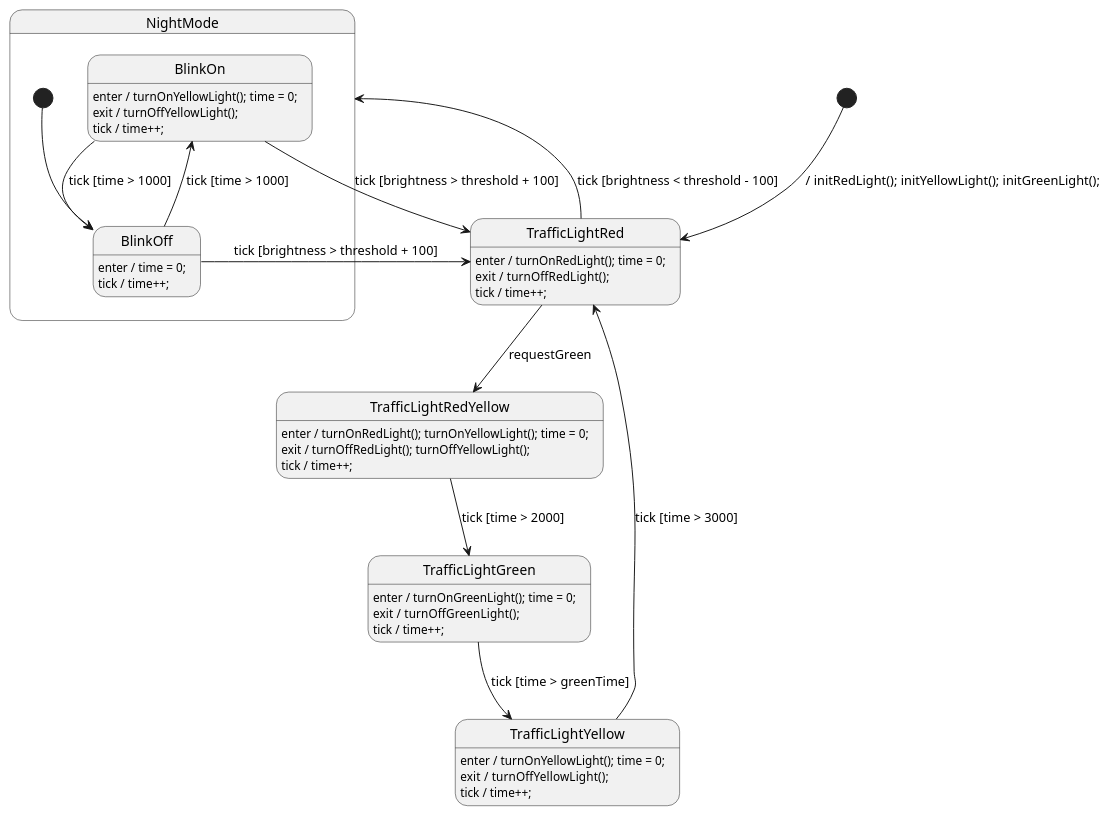
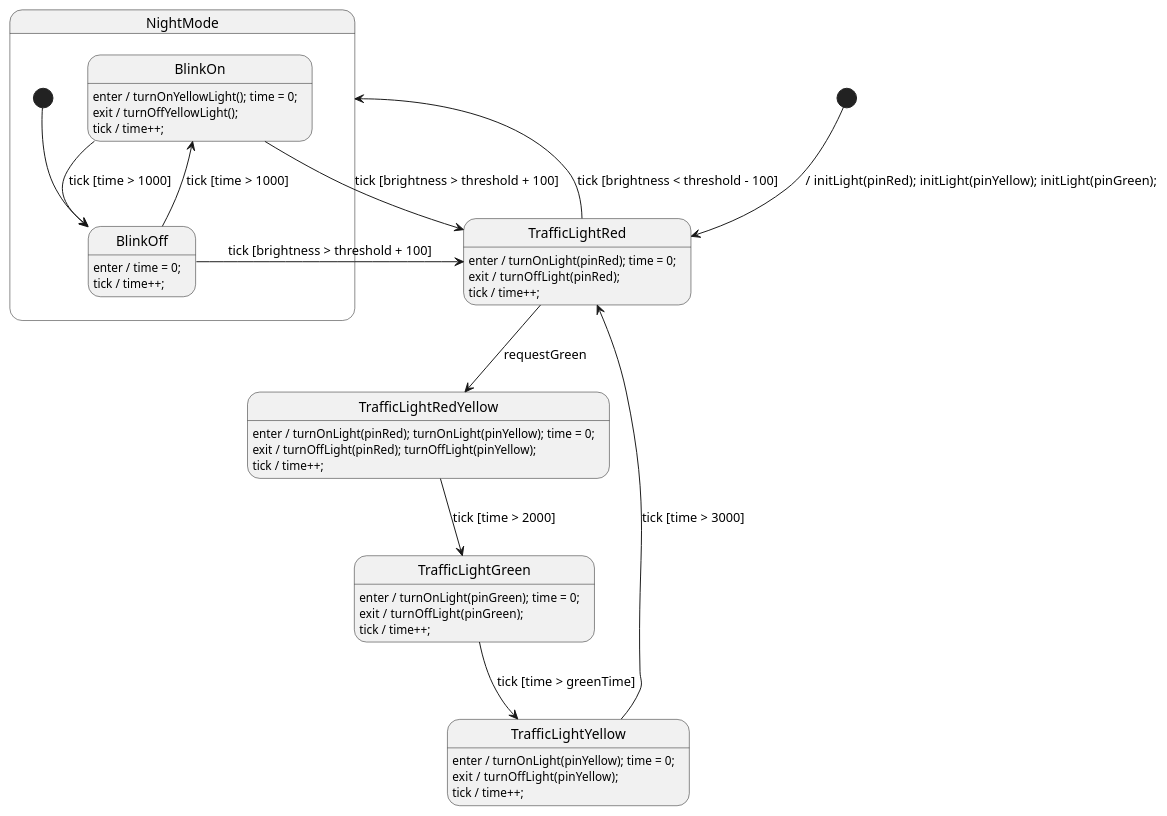
One commit to valentin-haub/esp32-traffic-light-management-system changed the diagram in State_machine/TrafficLight.plantuml. Above: the diagram before and after it, drawn with PlantUML.

Commit message:
TrafficLight.plantuml überarbeitet: State Machine generisch gemacht, um mehrere Ampeln zu instanziieren

```diff
--- a/State_machine/TrafficLight.plantuml
+++ b/State_machine/TrafficLight.plantuml
@@ -1,94 +1,98 @@
 @startuml TrafficLight
 
 ' //////////////////////// STATE ORGANIZATION ///////////////////////
 ' Note: StateSmith treats state names and events as case insensitive.
 ' More info: https://github.com/StateSmith/StateSmith/wiki/PlantUML
 
 state TrafficLightRed
 state TrafficLightRedYellow
 state TrafficLightGreen
 state TrafficLightYellow
 
 state NightMode {
     state BlinkOn
     state BlinkOff
 
     [*] --> BlinkOff
 
     ' BlinkOff
     BlinkOff: enter / time = 0;
     BlinkOff: tick / time++;
     BlinkOff --> BlinkOn : tick [time > 1000]
     BlinkOff --> TrafficLightRed : tick [brightness > threshold + 100]
 
     ' BlinkOn
     BlinkOn: enter / turnOnYellowLight(); time = 0;
     BlinkOn: exit / turnOffYellowLight();
     BlinkOn: tick / time++;
     BlinkOn --> BlinkOff : tick [time > 1000]
     BlinkOn --> TrafficLightRed : tick [brightness > threshold + 100]
 }
 
 
 ' ///////////////////////// STATE HANDLERS /////////////////////////
 ' Syntax: https://github.com/StateSmith/StateSmith/wiki/Behaviors
 
-[*] --> TrafficLightRed : / initRedLight(); initYellowLight(); initGreenLight();
+[*] --> TrafficLightRed : / initLight(pinRed); initLight(pinYellow); initLight(pinGreen);
 
 ' TrafficLightRed
-TrafficLightRed: enter / turnOnRedLight(); time = 0;
-TrafficLightRed: exit  / turnOffRedLight();
+TrafficLightRed: enter / turnOnLight(pinRed); time = 0;
+TrafficLightRed: exit  / turnOffLight(pinRed);
 TrafficLightRed: tick / time++;
 TrafficLightRed --> TrafficLightRedYellow : requestGreen
 TrafficLightRed --> NightMode : tick [brightness < threshold - 100]
 
 ' TrafficLightRedYellow
-TrafficLightRedYellow: enter / turnOnRedLight(); turnOnYellowLight(); time = 0;
-TrafficLightRedYellow: exit / turnOffRedLight(); turnOffYellowLight();
+TrafficLightRedYellow: enter / turnOnLight(pinRed); turnOnLight(pinYellow); time = 0;
+TrafficLightRedYellow: exit / turnOffLight(pinRed); turnOffLight(pinYellow);
 TrafficLightRedYellow: tick / time++;
 TrafficLightRedYellow --> TrafficLightGreen : tick [time > 2000]
 
 ' TrafficLightGreen
-TrafficLightGreen: enter / turnOnGreenLight(); time = 0;
-TrafficLightGreen: exit  / turnOffGreenLight();
+TrafficLightGreen: enter / turnOnLight(pinGreen); time = 0;
+TrafficLightGreen: exit  / turnOffLight(pinGreen);
 TrafficLightGreen: tick / time++;
 TrafficLightGreen --> TrafficLightYellow : tick [time > greenTime]
 
 ' TrafficLightYellow
-TrafficLightYellow: enter / turnOnYellowLight(); time = 0;
-TrafficLightYellow: exit  / turnOffYellowLight();
+TrafficLightYellow: enter / turnOnLight(pinYellow); time = 0;
+TrafficLightYellow: exit  / turnOffLight(pinYellow);
 TrafficLightYellow: tick / time++;
 TrafficLightYellow --> TrafficLightRed : tick [time > 3000]
 
 
 
 ' //////////////////////// StateSmith config ////////////////////////
 ' The below special comment block sets the StateSmith configuration.
 ' More info: https://github.com/StateSmith/StateSmith/issues/335
 
 /'! $CONFIG : toml
 
 [RenderConfig]
 FileTop = """
     """
 AutoExpandedVars = """
+    uint8_t pinRed;
+    uint8_t pinYellow;
+    uint8_t pinGreen;
+
     uint16_t time;
     uint16_t greenTime;
     uint16_t brightness;
     uint16_t threshold;
     """
 
 [RenderConfig.C]
 CFileExtension = ".cpp"
 HFileExtension = ".hpp"
 HFileIncludes = """
     #include <stdint.h> // for time var
     """
 CFileIncludes = """
     #include "driver.hpp"
     """
 
 [SmRunnerSettings]
 transpilerId = "C99"
 '/
 @enduml
```
